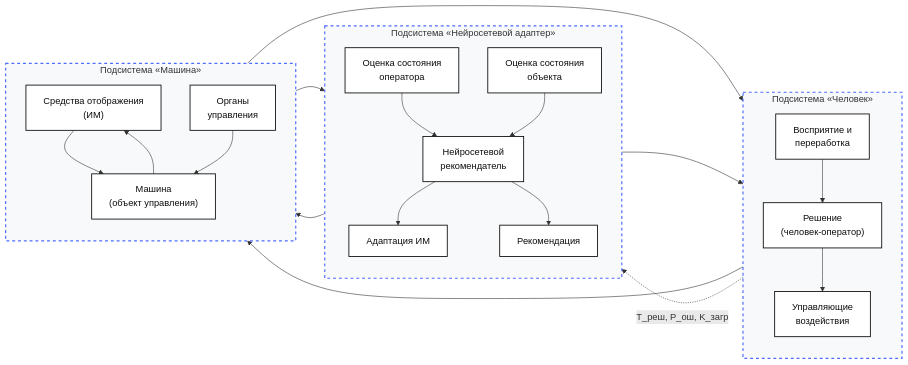
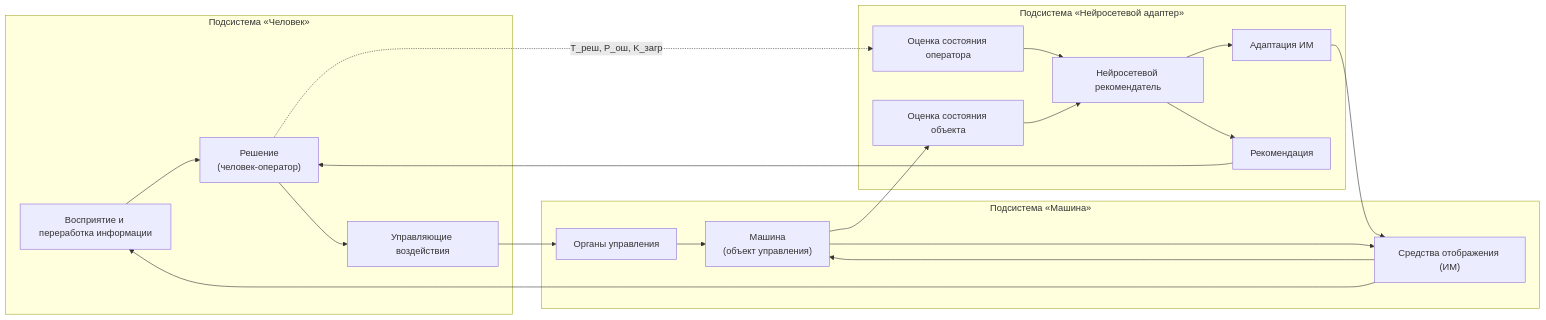
The second of 4 diagrams in docs/ergonomics-methodology/reaction-time/2026-10-25_adaptive-recommender-kp.md (RedAlexDad/WalkingRobotSim), drawn with Mermaid before and after one commit. The commit also changed 6 other files, not shown here.

First line of the commit message:
docs: собрать схему по образцу adaptive3

````diff
--- a/docs/ergonomics-methodology/reaction-time/2026-10-25_adaptive-recommender-kp.md
+++ b/docs/ergonomics-methodology/reaction-time/2026-10-25_adaptive-recommender-kp.md
@@ -154,48 +154,23 @@
 ```mermaid
 flowchart LR
-    classDef default fill:#fff,stroke:#0d0d0d,stroke-width:1.5px,color:#0d0d0d;
-    classDef block fill:#f8f9fa,stroke:#4d6bfe,stroke-width:2px,stroke-dasharray: 5 5;
-
-    subgraph Human["Подсистема «Человек»"]
-        direction TB
-        H1["Восприятие и<br/>переработка"]
-        H2["Решение<br/>(человек-оператор)"]
-        H3["Управляющие<br/>воздействия"]
-
-        H1 --> H2 --> H3
-    end
-
-    subgraph AI["Подсистема «Нейросетевой адаптер»"]
-        direction TB
-        A1["Оценка состояния<br/>оператора"]
-        A2["Нейросетевой<br/>рекомендатель"]
-        A3["Оценка состояния<br/>объекта"]
-        A4["Адаптация ИМ"]
-        A5["Рекомендация"]
-
-        A1 --> A2
-        A3 --> A2
-        A2 --> A4
-        A2 --> A5
-    end
-
-    subgraph Machine["Подсистема «Машина»"]
-        direction TB
-        M1["Средства отображения<br/>(ИМ)"]
-        M2["Машина<br/>(объект управления)"]
-        M3["Органы<br/>управления"]
-
-        M1 --> M2
-        M3 --> M2
-    end
-
-    M1 --> H1
-    A4 --> M1
-    A5 --> H2
-    H2 -. "T_реш, P_ош, K_загр" .-> A1
-    H3 --> M3
-    M2 --> A3
-    M2 --> M1
-
-    class Human,AI,Machine block;
+  subgraph H["Подсистема «Человек»"]
+    H1["Восприятие и переработка информации"] --> H2["Решение<br/>(человек-оператор)"] --> H3["Управляющие воздействия"]
+  end
+  subgraph AI["Подсистема «Нейросетевой адаптер»"]
+    A1["Оценка состояния оператора"] --> A2["Нейросетевой рекомендатель"]
+    A3["Оценка состояния объекта"] --> A2
+    A2 --> A4["Адаптация ИМ"]
+    A2 --> A5["Рекомендация"]
+  end
+  subgraph M["Подсистема «Машина»"]
+    M1["Средства отображения (ИМ)"] --> M2["Машина<br/>(объект управления)"]
+    M3["Органы управления"] --> M2
+  end
+  M1 --> H1
+  A4 --> M1
+  A5 --> H2
+  H2 -. "T_реш, P_ош, K_загр" .-> A1
+  H3 --> M3
+  M2 --> A3
+  M2 --> M1
 ```
````
